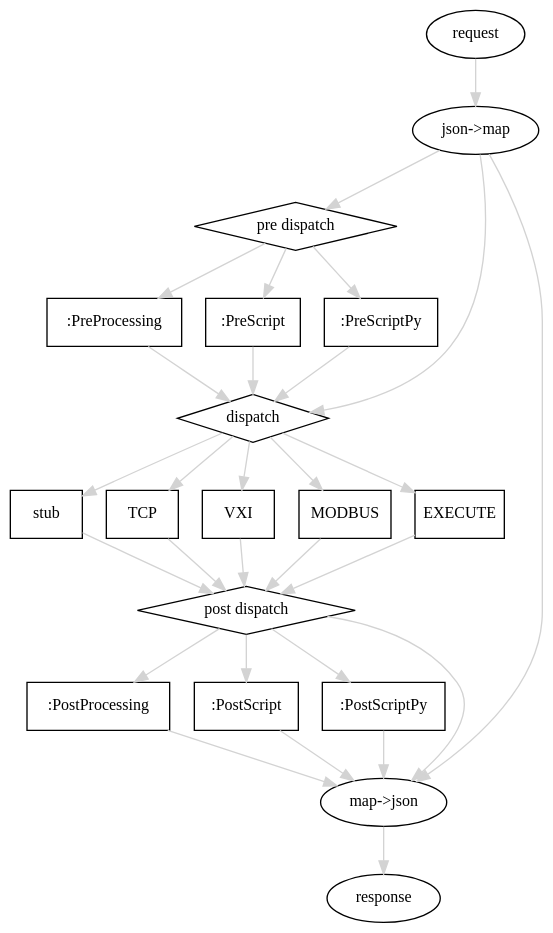
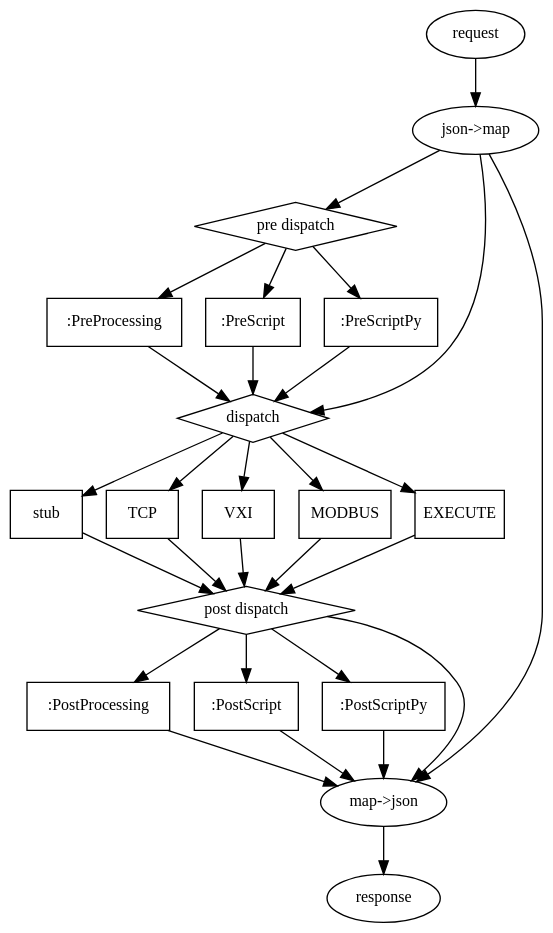
Before and after one commit to wactbprot/devhub: the diagram in docs/req-res.dot, drawn with Graphviz.

```diff
--- a/docs/req-res.dot
+++ b/docs/req-res.dot
@@ -1,72 +1,75 @@
 digraph  regexp {
         
         bgcolor=transparent                                                             
         node[//color=lightgray,
              //fontcolor=white,
              fontname="Ubuntu",
 	     fontsize=12]
-        edge[color=lightgray]
+        edge[
+             fontname="Ubuntu",
+             //color=lightgray
+             ]
 
         req [label="request", URL="", tooltip="incomming request"];
         res [label="response", URL="", tooltip="outgoing response"];  
         j2m [label="json->map", URL="", tooltip="decode json to clojure map"];
 
         pre [shape=diamond, label="pre dispatch", URL="", tooltip="pre-scripts or pre-processing"];
         pre_js [shape=box, label=":PreProcessing", URL="", tooltip="pre-processing of js code"];
         pre_clj [shape=box, label=":PreScript", URL="", tooltip="clojure functions"]; 
         pre_py  [shape=box, label=":PreScriptPy", URL="", tooltip="pre-scripts with python3"]; 
 
         disp [shape=diamond, label="dispatch", URL="", tooltip="dispatch"];
         stub [shape=box, label="stub", URL="", tooltip="pre defind responses"];
         tcp [shape=box, label="TCP", URL="", tooltip="requests to tcp devices"];
         vxi [shape=box, label="VXI", URL="", tooltip="requests to vxi devices"];
         modbus [shape=box, label="MODBUS", URL="", tooltip="requests to modbus devices"];
         exec [shape=box, label="EXECUTE", URL="", tooltip="execution of commands"];
         
         
         post [shape=diamond, label="post dispatch", URL="", tooltip="post-scripts or post-processing"];
         post_js [shape=box, label=":PostProcessing", URL="", tooltip="post-processing of js code"];
         post_clj [shape=box, label=":PostScript", URL="", tooltip="clojure functions"]; 
         post_py  [shape=box, label=":PostScriptPy", URL="", tooltip="post-scripts with python3"]; 
 
         m2j [label="map->json", URL="", tooltip="clojure map to decode json"];
         
         req -> j2m
         j2m -> disp
         
         j2m -> pre
         pre -> pre_js
         pre -> pre_py
         pre -> pre_clj
         
         pre_js ->disp
         pre_py ->disp
         pre_clj->disp
 
         disp -> stub
 
         disp -> tcp
         disp -> vxi
         disp -> exec
         disp -> modbus
 
         tcp   -> post
         vxi   -> post
         exec  -> post
         modbus-> post        
         stub -> post
 
         post -> m2j
         post -> post_js
         post -> post_py
         post -> post_clj
 
         post_js -> m2j
         post_py -> m2j
         post_clj-> m2j
         
         j2m -> m2j
 
         
         m2j -> res
 }
```
